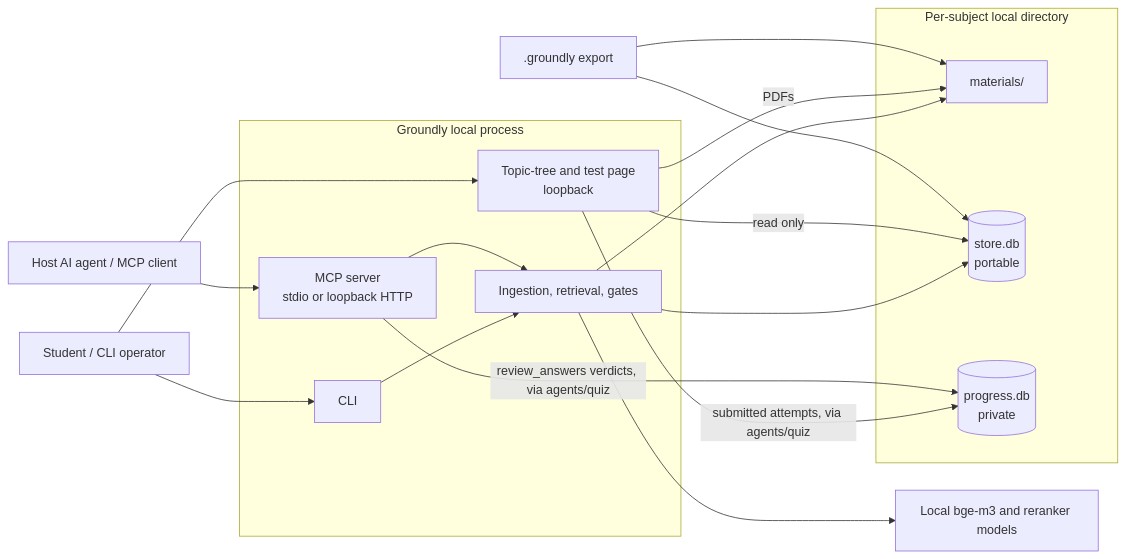
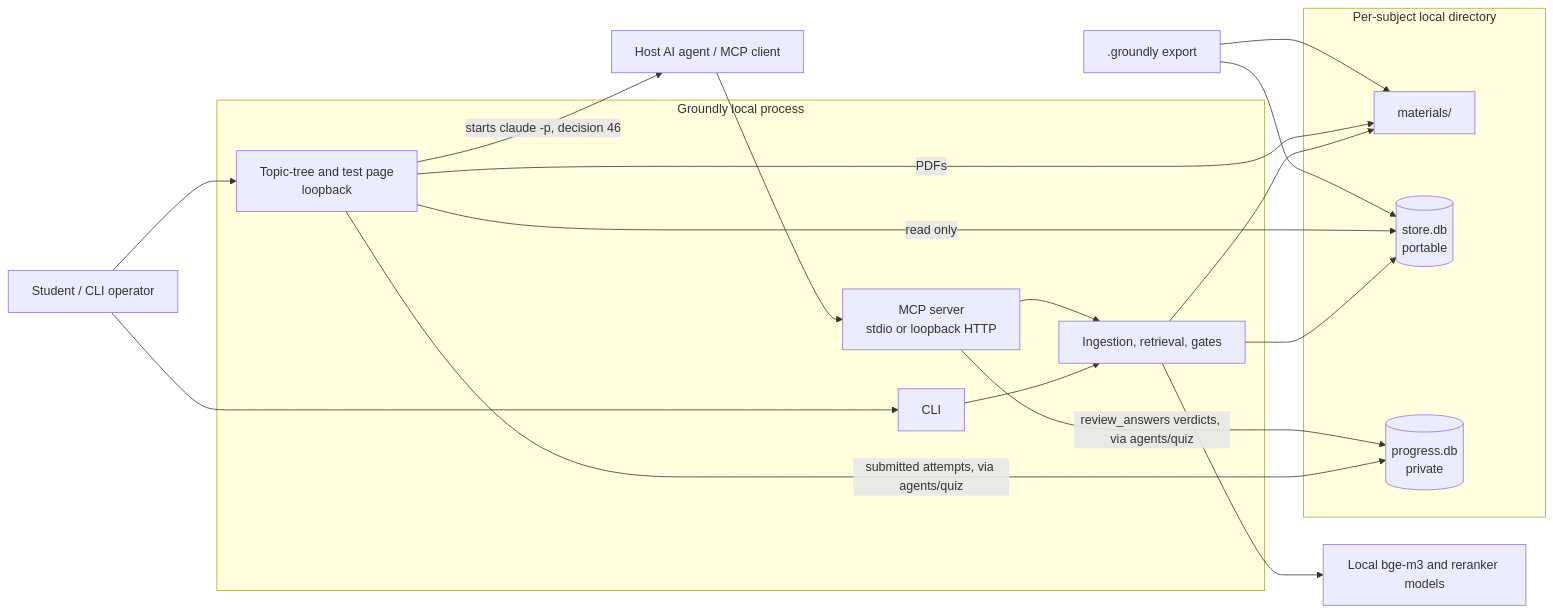
One commit to paulhondola/groundly changed the diagram in docs/architecture/overview.md. Above: the diagram before and after it, drawn with Mermaid. The commit also changed other lines of this file and 11 other files, not shown here.

````diff
--- a/docs/architecture/overview.md
+++ b/docs/architecture/overview.md
@@ -32,34 +32,35 @@
 ```mermaid
 flowchart LR
     student[Student / CLI operator]
     host[Host AI agent / MCP client]
     models[Local bge-m3 and reranker models]
 
     subgraph Groundly[Groundly local process]
         cli[CLI]
         mcp[MCP server\nstdio or loopback HTTP]
         web[Topic-tree and test page\nloopback]
         services[Ingestion, retrieval, gates]
         cli --> services
         mcp --> services
     end
 
     subgraph Subject[Per-subject local directory]
         materials[materials/]
         store[(store.db\nportable)]
         progress[(progress.db\nprivate)]
     end
 
     student --> cli
     student --> web
     host --> mcp
     services --> materials
     services --> store
     web -->|read only| store
     web -->|submitted attempts, via agents/quiz| progress
     mcp -->|review_answers verdicts, via agents/quiz| progress
     web -->|PDFs| materials
+    web -->|starts claude -p, decision 46| host
     services --> models
     bundle[.groundly export] --> store
     bundle --> materials
 ```
````
